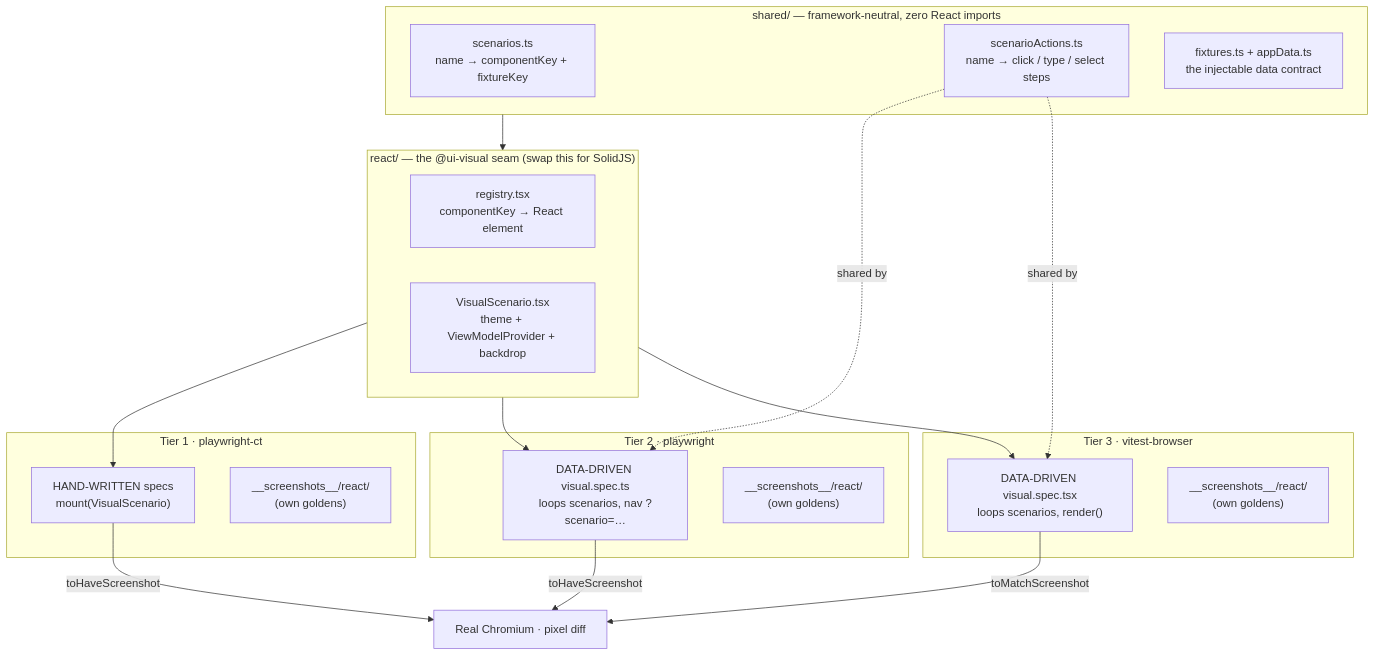
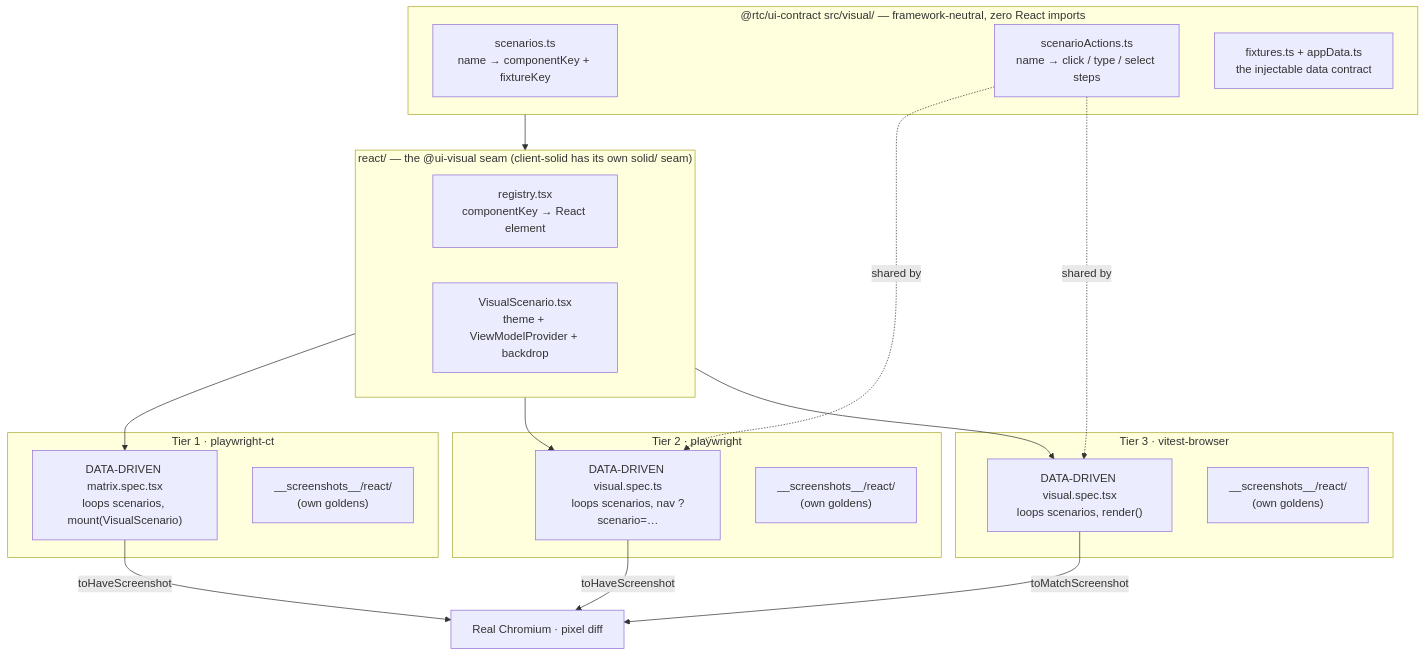
One commit to bettersoftware-io/ReactiveTraderCloudClone changed the diagram in packages/client-react/tests/ui/visual/README.md. Above: the diagram before and after it, drawn with Mermaid. The commit also changed other lines of this file and 1 other file, not shown here.

First line of the commit message:
docs(client-react): sync visual/contract docs to the ui-contract extraction

````diff
--- a/packages/client-react/tests/ui/visual/README.md
+++ b/packages/client-react/tests/ui/visual/README.md
@@ -155,38 +158,38 @@
 ```mermaid
 flowchart TB
-    subgraph CORE["shared/ — framework-neutral, zero React imports"]
+    subgraph CORE["@rtc/ui-contract src/visual/ — framework-neutral, zero React imports"]
         SC["scenarios.ts<br/>name → componentKey + fixtureKey"]
         SA["scenarioActions.ts<br/>name → click / type / select steps"]
         FX["fixtures.ts + appData.ts<br/>the injectable data contract"]
     end
 
-    subgraph REACT["react/ — the @ui-visual seam (swap this for SolidJS)"]
+    subgraph REACT["react/ — the @ui-visual seam (client-solid has its own solid/ seam)"]
         REG["registry.tsx<br/>componentKey → React element"]
         VS["VisualScenario.tsx<br/>theme + ViewModelProvider + backdrop"]
     end
 
     CORE --> REACT
 
     subgraph T1["Tier 1 · playwright-ct"]
-        T1S["HAND-WRITTEN specs<br/>mount(VisualScenario)"]
+        T1S["DATA-DRIVEN matrix.spec.tsx<br/>loops scenarios, mount(VisualScenario)"]
         T1G["__screenshots__/react/<br/>(own goldens)"]
     end
     subgraph T2["Tier 2 · playwright"]
         T2S["DATA-DRIVEN visual.spec.ts<br/>loops scenarios, nav ?scenario=…"]
         T2G["__screenshots__/react/<br/>(own goldens)"]
     end
     subgraph T3["Tier 3 · vitest-browser"]
         T3S["DATA-DRIVEN visual.spec.tsx<br/>loops scenarios, render()"]
         T3G["__screenshots__/react/<br/>(own goldens)"]
     end
 
     REACT --> T1S
     REACT --> T2S
     REACT --> T3S
     SA -. shared by .-> T2S
     SA -. shared by .-> T3S
 
     T1S -->|toHaveScreenshot| OUT["Real Chromium · pixel diff"]
     T2S -->|toHaveScreenshot| OUT
     T3S -->|toMatchScreenshot| OUT
 ```
````
